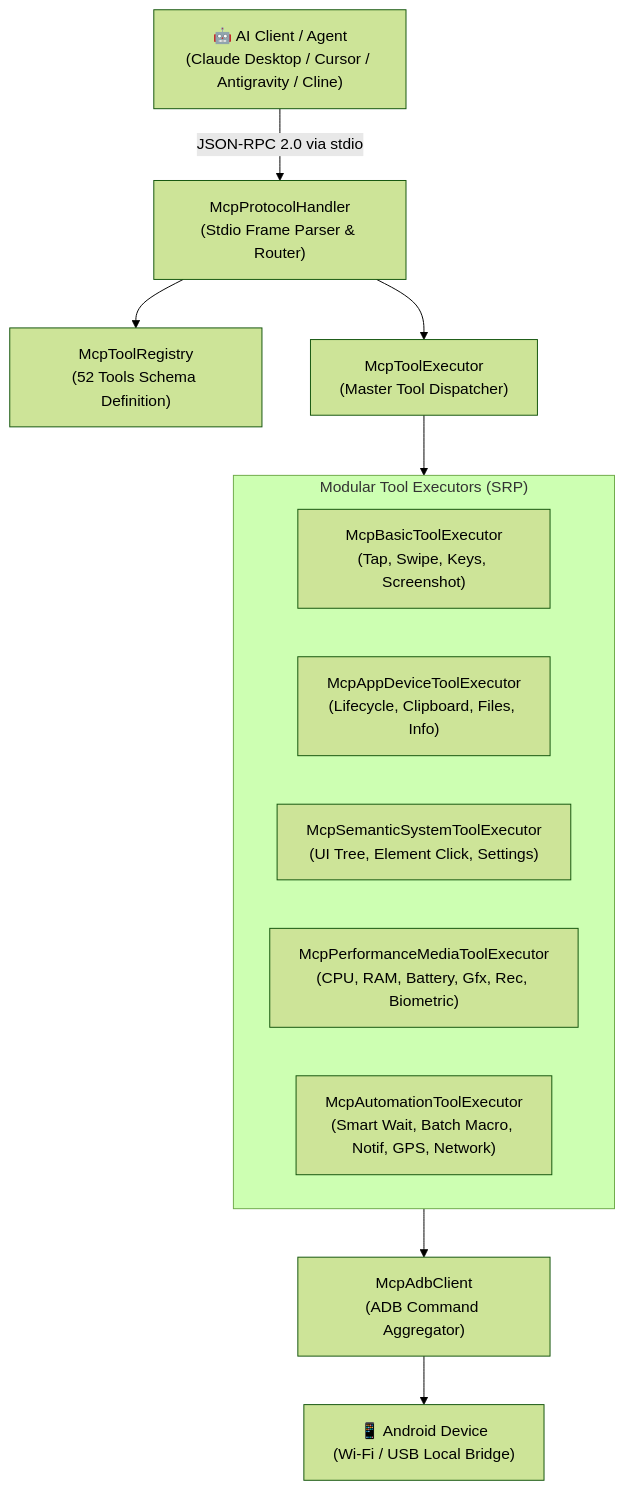
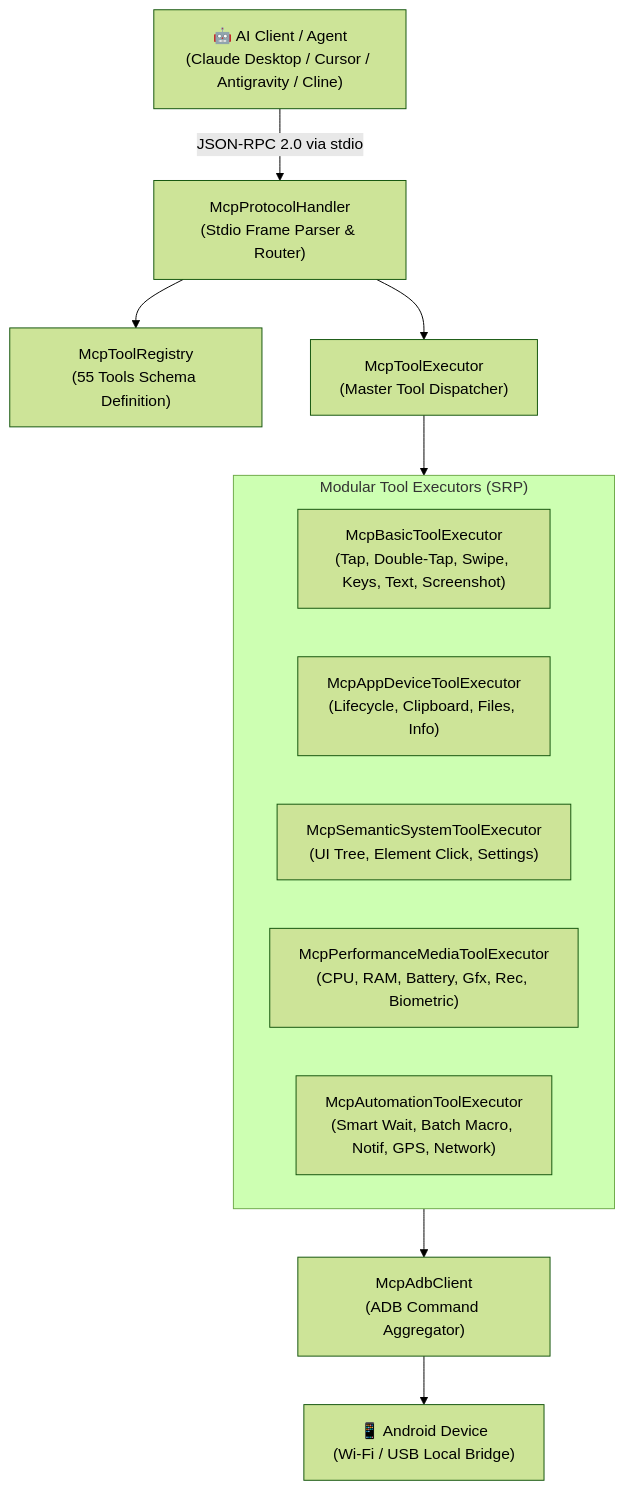
Before and after one commit to az-coder-123/azdroid: the diagram in docs/features/mcp-ai-agent-server.md, drawn with Mermaid (forest theme). The commit also changed other lines of this file and 17 other files, not shown here.

Commit message:
feat: implement double tap, exact text injection, and atomic clear text tools (Phase 1)

````diff
--- a/docs/features/mcp-ai-agent-server.md
+++ b/docs/features/mcp-ai-agent-server.md
@@ -17,18 +17,18 @@
 ```mermaid
 flowchart TD
     AI["🤖 AI Client / Agent\n(Claude Desktop / Cursor / Antigravity / Cline)"] -->|JSON-RPC 2.0 via stdio| Handler["McpProtocolHandler\n(Stdio Frame Parser & Router)"]
-    Handler --> Registry["McpToolRegistry\n(52 Tools Schema Definition)"]
+    Handler --> Registry["McpToolRegistry\n(55 Tools Schema Definition)"]
     Handler --> Executor["McpToolExecutor\n(Master Tool Dispatcher)"]
 
     subgraph SubExecutors ["Modular Tool Executors (SRP)"]
-        E1["McpBasicToolExecutor\n(Tap, Swipe, Keys, Screenshot)"]
+        E1["McpBasicToolExecutor\n(Tap, Double-Tap, Swipe, Keys, Text, Screenshot)"]
         E2["McpAppDeviceToolExecutor\n(Lifecycle, Clipboard, Files, Info)"]
         E3["McpSemanticSystemToolExecutor\n(UI Tree, Element Click, Settings)"]
         E4["McpPerformanceMediaToolExecutor\n(CPU, RAM, Battery, Gfx, Rec, Biometric)"]
         E5["McpAutomationToolExecutor\n(Smart Wait, Batch Macro, Notif, GPS, Network)"]
     end
 
     Executor --> SubExecutors
     SubExecutors --> Client["McpAdbClient\n(ADB Command Aggregator)"]
     Client --> Phone["📱 Android Device\n(Wi-Fi / USB Local Bridge)"]
 ```
````
